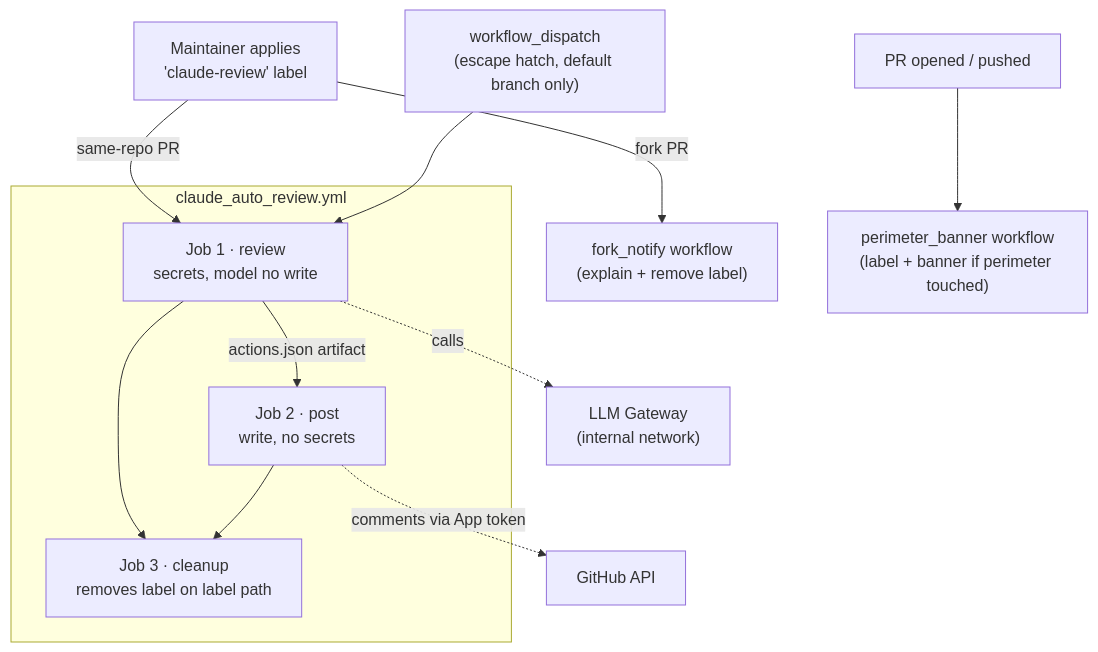
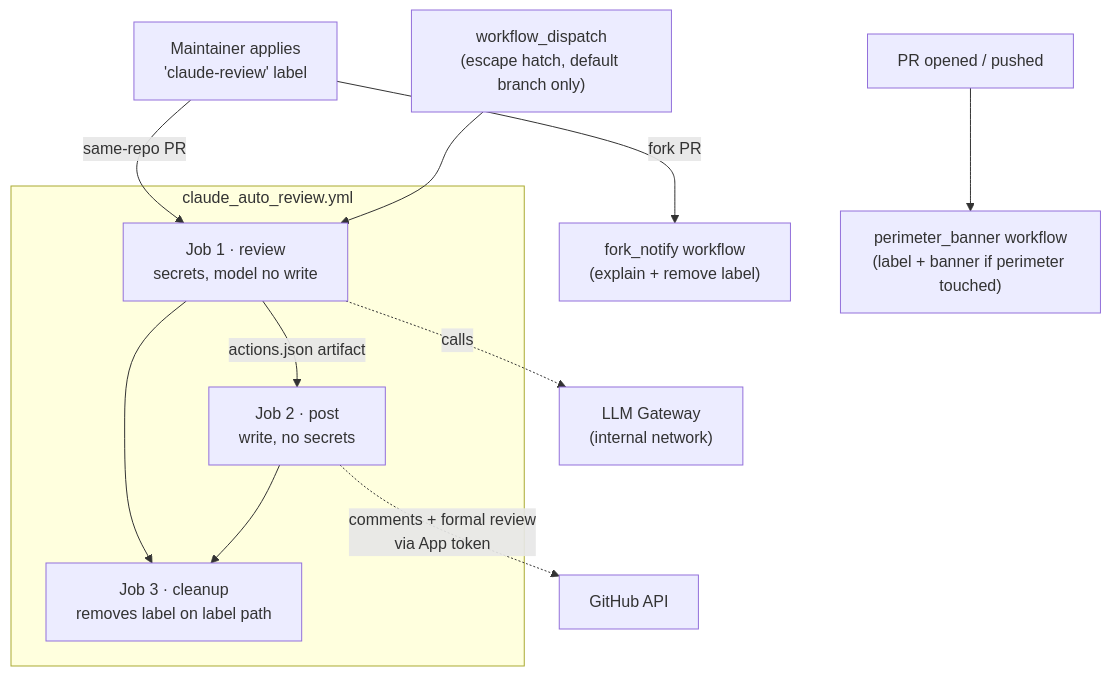
One commit to ROCm/rocMLIR changed the second of 5 diagrams in .github/workflows/CLAUDE_AUTO_REVIEW.md. Above: the diagram before and after it, drawn with Mermaid. The commit also changed other lines of this file and 6 other files, not shown here.

````diff
--- a/.github/workflows/CLAUDE_AUTO_REVIEW.md
+++ b/.github/workflows/CLAUDE_AUTO_REVIEW.md
@@ -156,23 +162,23 @@
 ```mermaid
 flowchart TD
     label["Maintainer applies<br/>'claude-review' label"]
     dispatch["workflow_dispatch<br/>(escape hatch, default branch only)"]
 
     label -->|same-repo PR| review
     label -->|fork PR| forknotify["fork_notify workflow<br/>(explain + remove label)"]
     dispatch --> review
 
     pr_open["PR opened / pushed"] --> banner["perimeter_banner workflow<br/>(label + banner if perimeter touched)"]
 
     subgraph main["claude_auto_review.yml"]
         review["Job 1 · review<br/>secrets, model no write"]
         post["Job 2 · post<br/>write, no secrets"]
         cleanup["Job 3 · cleanup<br/>removes label on label path"]
         review -->|actions.json artifact| post
         review --> cleanup
         post --> cleanup
     end
 
     review -.->|calls| gateway["LLM Gateway<br/>(internal network)"]
-    post -.->|comments via App token| gh["GitHub API"]
+    post -.->|comments + formal review<br/>via App token| gh["GitHub API"]
 ```
````
